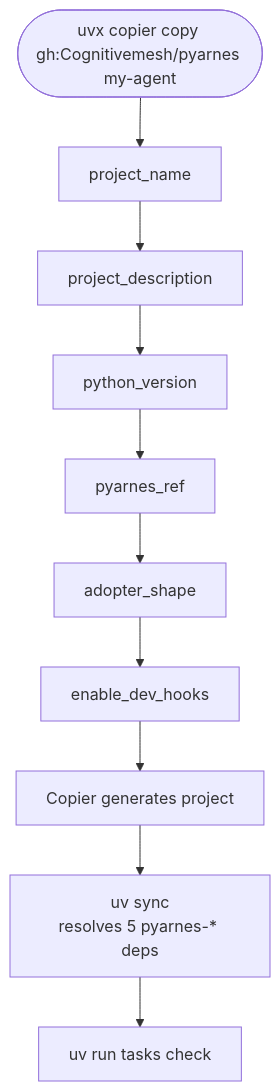
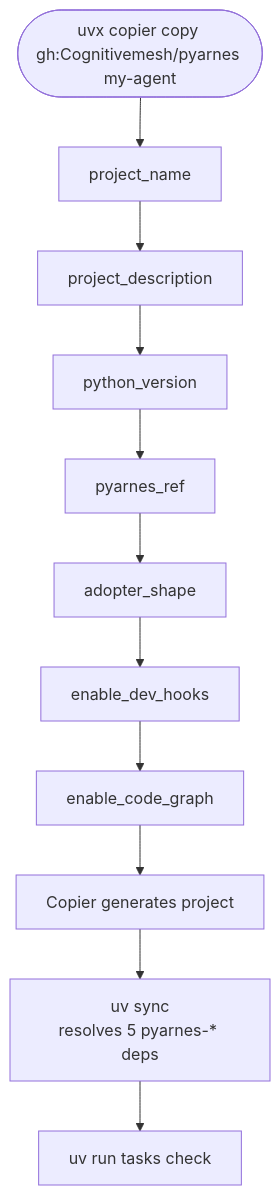
One commit to Cognitivemesh/pyarnes changed the diagram in docs/adopter/bootstrap/scaffold.md. Above: the diagram before and after it, drawn with Mermaid. The commit also changed other lines of this file and 14 other files, not shown here.

First line of the commit message:
docs+tools: add graph integrations and complete diagram set

````diff
--- a/docs/adopter/bootstrap/scaffold.md
+++ b/docs/adopter/bootstrap/scaffold.md
@@ -13,13 +13,14 @@
 ```mermaid
 flowchart TD
     Start([uvx copier copy gh:Cognitivemesh/pyarnes my-agent])
     Start --> Q1[project_name]
     Q1 --> Q2[project_description]
     Q2 --> Q3[python_version]
     Q3 --> Q4[pyarnes_ref]
     Q4 --> Q5[adopter_shape]
     Q5 --> Q6[enable_dev_hooks]
-    Q6 --> Gen[Copier generates project]
+    Q6 --> Q7[enable_code_graph]
+    Q7 --> Gen[Copier generates project]
     Gen --> Sync[uv sync<br/>resolves 5 pyarnes-* deps]
     Sync --> Check[uv run tasks check]
 ```
````
